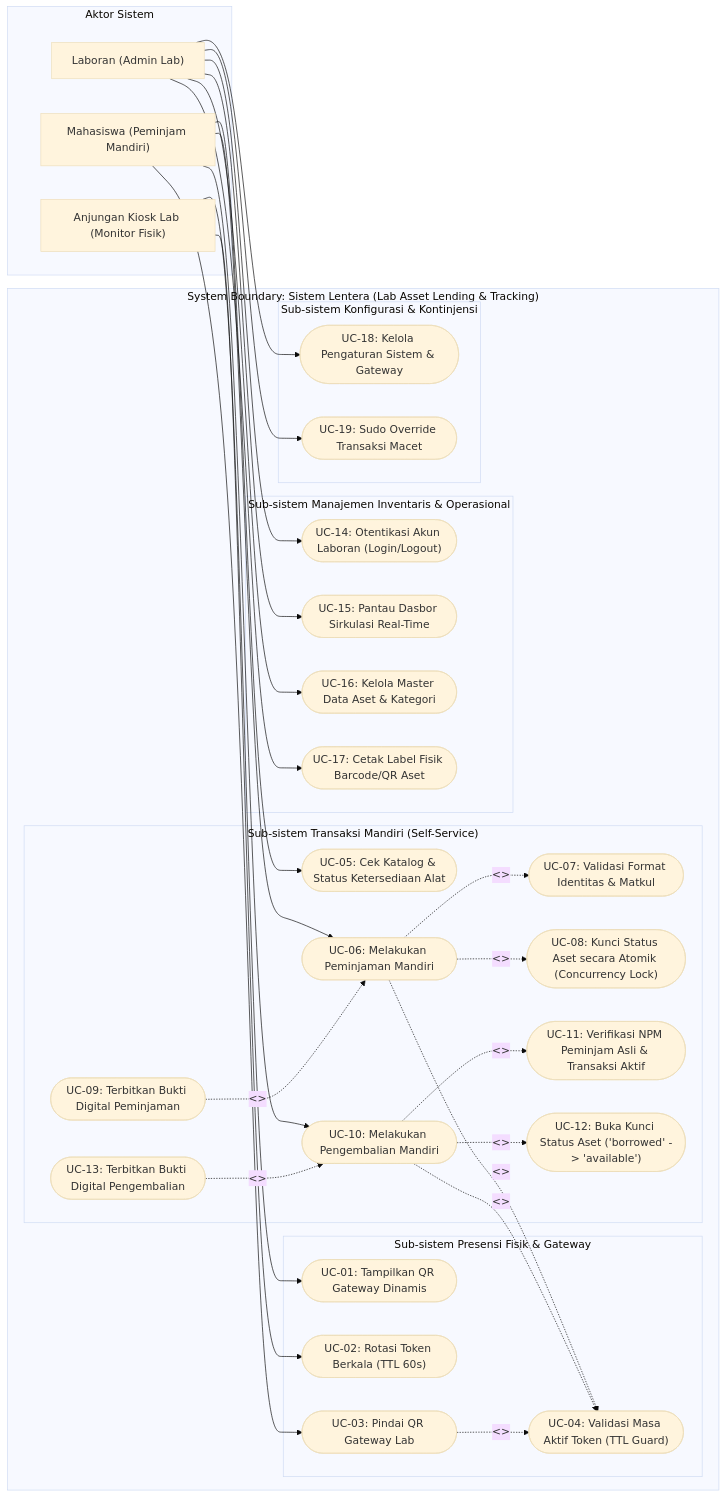
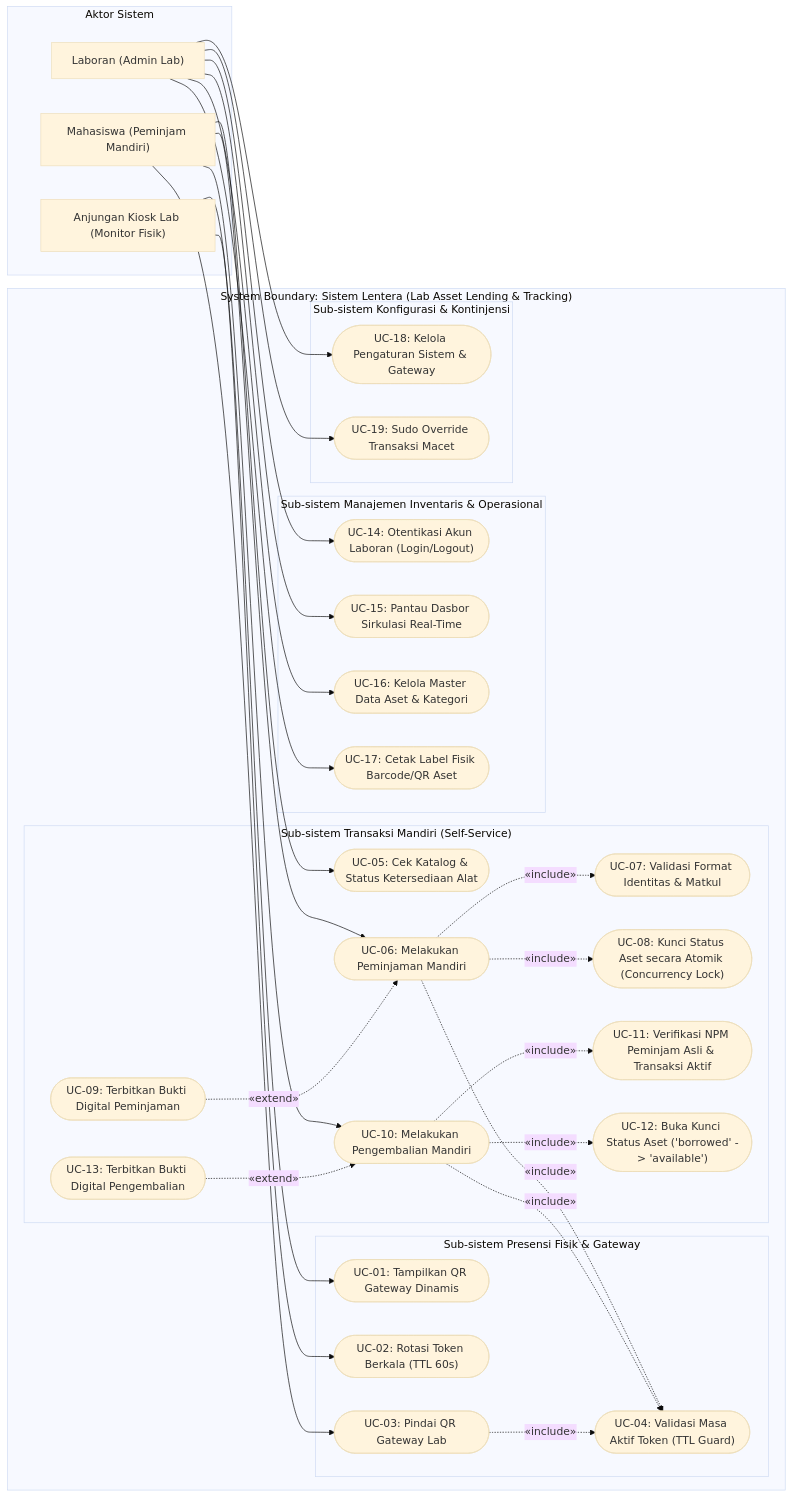
One commit to openc-dev/lentera changed the diagram in audit/diagrams/use_case_diagram.md. Above: the diagram before and after it, drawn with Mermaid (base theme). The commit also changed 1 other file, not shown here.

Commit message:
fix(diagrams): use proper unicode guillemets for include and extend stereotypes

````diff
--- a/audit/diagrams/use_case_diagram.md
+++ b/audit/diagrams/use_case_diagram.md
@@ -93,20 +93,20 @@
     L --> UC19
 
     %% ─────────────────────────────────────────────────────────────
-    %% RELASI <<INCLUDE>> (KEHARUSAN EKSEKUSI)
+    %% RELASI «INCLUDE» (KEHARUSAN EKSEKUSI)
     %% ─────────────────────────────────────────────────────────────
-    UC3 -.->|"<<include>>"| UC4
-    UC6 -.->|"<<include>>"| UC4
-    UC6 -.->|"<<include>>"| UC7
-    UC6 -.->|"<<include>>"| UC8
+    UC3 -.->|"«include»"| UC4
+    UC6 -.->|"«include»"| UC4
+    UC6 -.->|"«include»"| UC7
+    UC6 -.->|"«include»"| UC8
 
-    UC10 -.->|"<<include>>"| UC4
-    UC10 -.->|"<<include>>"| UC11
-    UC10 -.->|"<<include>>"| UC12
+    UC10 -.->|"«include»"| UC4
+    UC10 -.->|"«include»"| UC11
+    UC10 -.->|"«include»"| UC12
 
     %% ─────────────────────────────────────────────────────────────
-    %% RELASI <<EXTEND>> (PERCABANGAN KONDISIONAL / HASIL)
+    %% RELASI «EXTEND» (PERCABANGAN KONDISIONAL / HASIL)
     %% ─────────────────────────────────────────────────────────────
-    UC9 -.->|"<<extend>>"| UC6
-    UC13 -.->|"<<extend>>"| UC10
+    UC9 -.->|"«extend»"| UC6
+    UC13 -.->|"«extend»"| UC10
 ```
````
